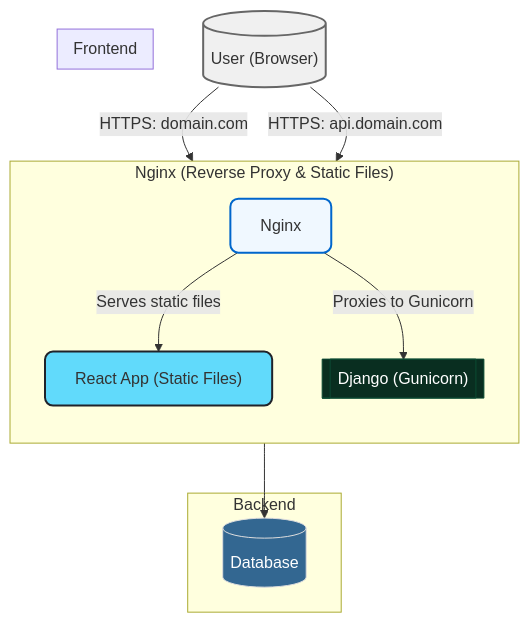
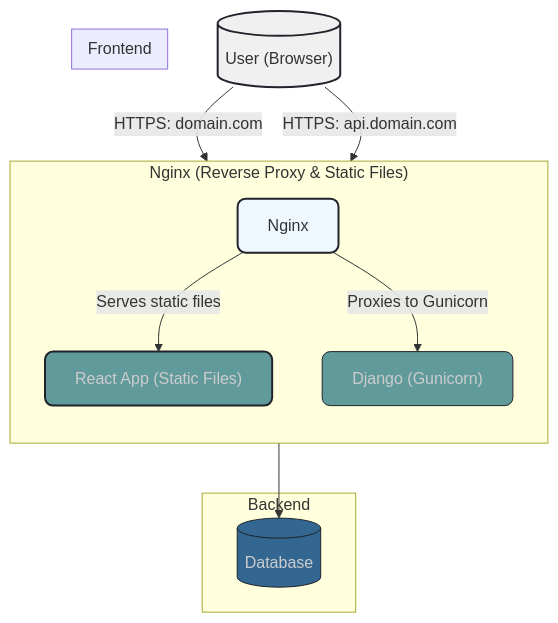
One commit to jogojapan/finnex changed the diagram in README.md. Above: the diagram before and after it, drawn with Mermaid.

Commit message:
Nicer colors.

````diff
--- a/README.md
+++ b/README.md
@@ -6,33 +6,33 @@
 ``` mermaid
 %% Django-React-Nginx Architecture (Validated)
 graph TD
     %% Entities
     User[("User (Browser)")] -->|"HTTPS: domain.com"| Nginx
     User -->|"HTTPS: api.domain.com"| Nginx
 
     subgraph "Nginx (Reverse Proxy & Static Files)"
         direction TB
         Nginx["Nginx"] -->|"Serves static files"| React
         Nginx -->|"Proxies to Gunicorn"| Django
     end
 
     subgraph "Frontend"
         React["React App (Static Files)"]
     end
 
     subgraph "Backend"
-        Django[["Django (Gunicorn)"]] --> Database[("Database")]
+        Django["Django (Gunicorn)"] --> Database[("Database")]
     end
 
     %% Styling (no inline comments!)
     class User user
     class Nginx nginx
     class React react
     class Django django
     class Database database
-    classDef user fill:#f0f0f0,stroke:#666,stroke-width:2px,color:#333
-    classDef nginx fill:#f0f8ff,stroke:#06c,stroke-width:2px,rx:8,ry:8
-    classDef react fill:#61dafb,stroke:#20232a,stroke-width:2px,rx:8,ry:8
-    classDef django fill:#092e20,stroke:#0c4b33,color:#fff,rx:8,ry:8
-    classDef database fill:#336791,stroke:#ddd,color:#fff,rx:8,ry:8
+    classDef user fill:#f0f0f0,stroke:#20232a,stroke-width:2px,color:#333
+    classDef nginx fill:#f0f8ff,stroke:#20232a,stroke-width:2px,color:#333,rx:8,ry:8
+    classDef react fill:#619a9b,stroke:#20232a,stroke-width:2px,color:#ccc,rx:8,ry:8
+    classDef django fill:#619a9b,stroke:#20232a,color:#ccc,rx:8,ry:8
+    classDef database fill:#336791,stroke:#20232a,color:#ccc,rx:8,ry:8
 ```
````
